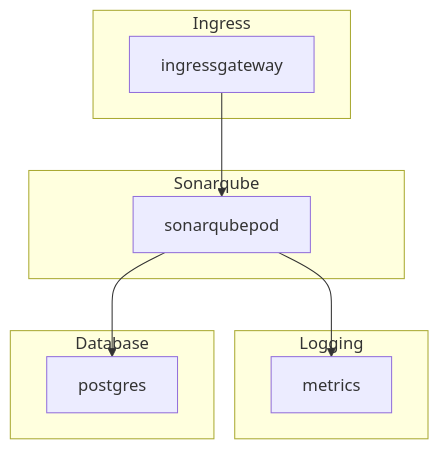
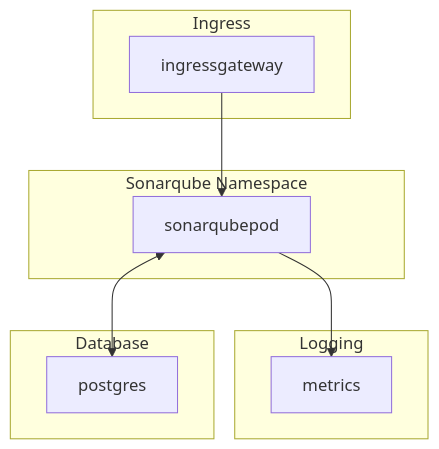
Before and after one commit to rjferguson21/big-bang: the first of 2 diagrams in charter/packages/sonarqube/Architecture.md, drawn with Mermaid.

````diff
--- a/charter/packages/sonarqube/Architecture.md
+++ b/charter/packages/sonarqube/Architecture.md
@@ -9,18 +9,18 @@
 ```mermaid
 graph TB
   subgraph "Ingress"
     ingressgateway
   end
 
-  subgraph "Sonarqube"
+  subgraph "Sonarqube Namespace"
     ingressgateway --> sonarqubepod
   end      
 
   subgraph "Logging"
     sonarqubepod --> metrics
   end
 
   subgraph "Database"
-    sonarqubepod --> postgres
+    sonarqubepod <--> postgres
   end
 ```
````
